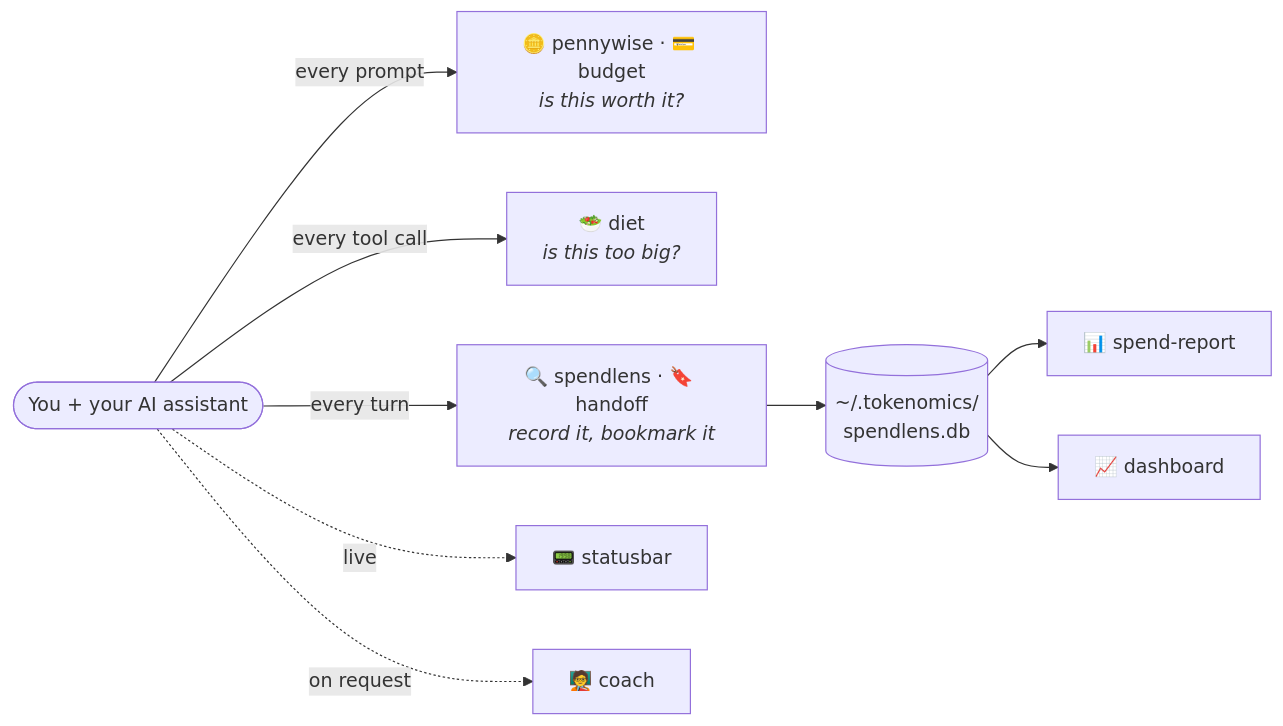
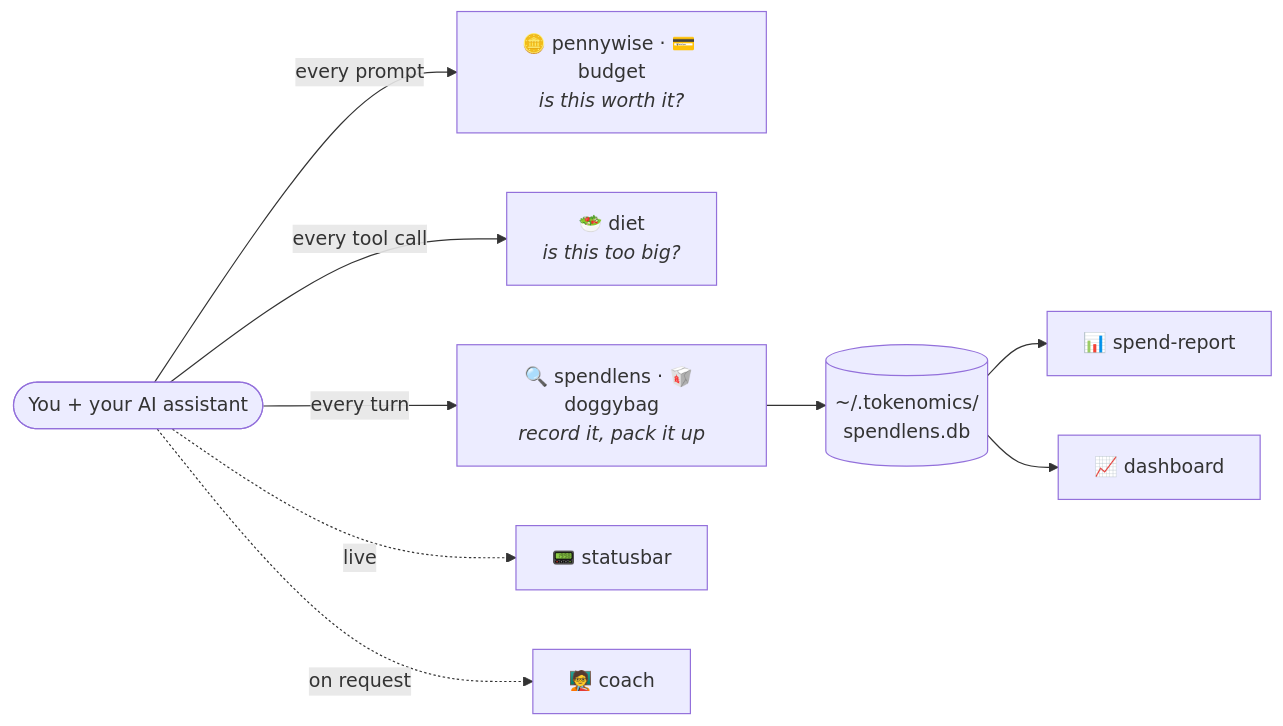
Before and after one commit to andrew44/tokenomics: the diagram in README.md, drawn with Mermaid. The commit also changed other lines of this file and 18 other files, not shown here.

````diff
--- a/README.md
+++ b/README.md
@@ -192,11 +199,11 @@
 ```mermaid
 flowchart LR
     You(["You + your AI assistant"]) -->|every prompt| G["🪙 pennywise · 💳 budget<br/><i>is this worth it?</i>"]
     You -->|every tool call| D["🥗 diet<br/><i>is this too big?</i>"]
-    You -->|every turn| S["🔍 spendlens · 🔖 handoff<br/><i>record it, bookmark it</i>"]
+    You -->|every turn| S["🔍 spendlens · 🥡 doggybag<br/><i>record it, pack it up</i>"]
     S --> DB[("~/.tokenomics/<br/>spendlens.db")]
     DB --> R["📊 spend-report"]
     DB --> W["📈 dashboard"]
     You -.->|live| B["📟 statusbar"]
     You -.->|on request| C["🧑‍🏫 coach"]
 ```
````
